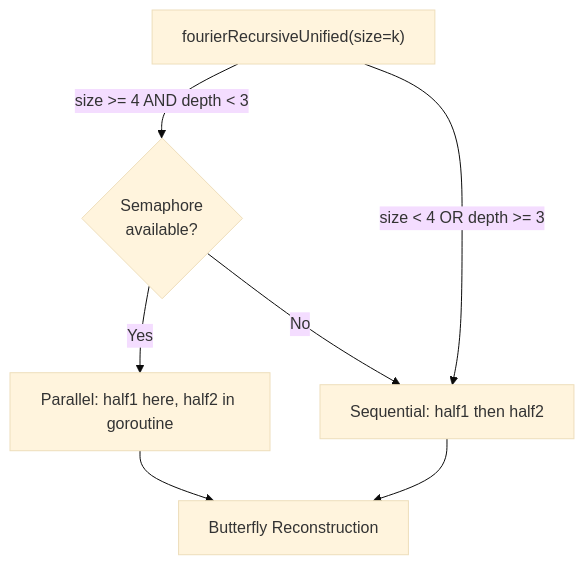
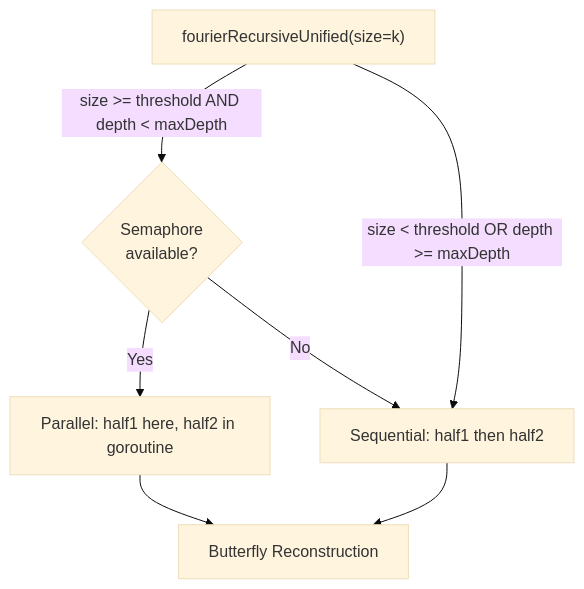
Before and after one commit to agbruneau/FibGo: the third of 5 diagrams in Docs/algorithms/BIGFFT.md, drawn with Mermaid (base theme). The commit also changed other lines of this file and 7 other files, not shown here.

````diff
--- a/Docs/algorithms/BIGFFT.md
+++ b/Docs/algorithms/BIGFFT.md
@@ -259,10 +279,10 @@
 ```mermaid
 flowchart TD
     FFT["fourierRecursiveUnified(size=k)"]
-    FFT -->|"size >= 4 AND depth < 3"| TryParallel{"Semaphore\navailable?"}
+    FFT -->|"size >= threshold AND depth < maxDepth"| TryParallel{"Semaphore\navailable?"}
     TryParallel -->|Yes| Par["Parallel: half1 here, half2 in goroutine"]
     TryParallel -->|No| Seq["Sequential: half1 then half2"]
-    FFT -->|"size < 4 OR depth >= 3"| Seq
+    FFT -->|"size < threshold OR depth >= maxDepth"| Seq
     Par --> Reconstruct["Butterfly Reconstruction"]
     Seq --> Reconstruct
 ```
````
